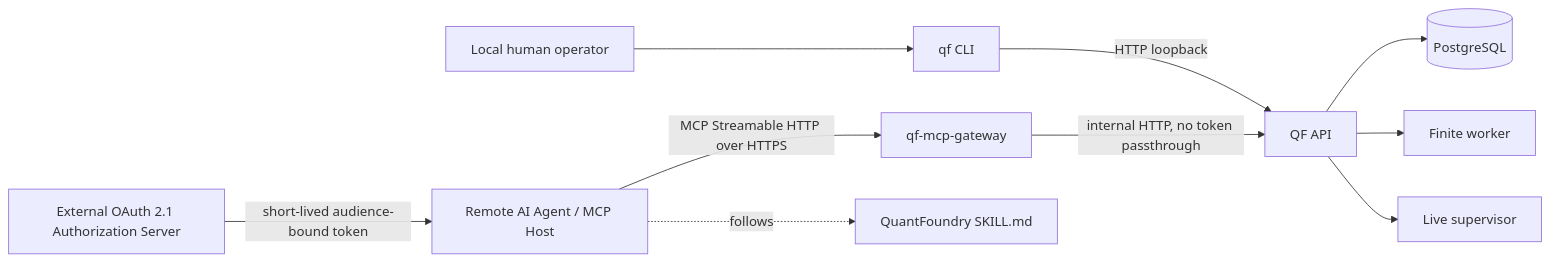
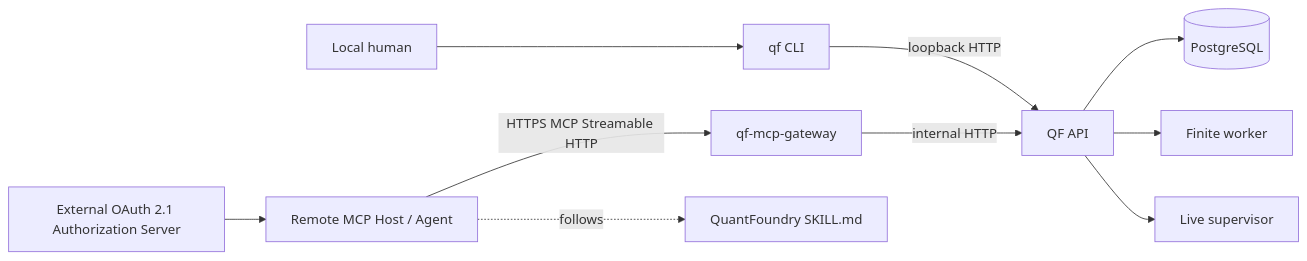
The diagram in CLI.md (zhengui666/QuantFoundry), drawn with Mermaid before and after one commit. The commit also changed other lines of this file, not shown here.

Commit message:
docs: make MCP gateway an optional edge adapter

````diff
--- a/CLI.md
+++ b/CLI.md
@@ -105,15 +113,15 @@
 ```mermaid
 flowchart LR
-    H[Local human operator] --> CLI[qf CLI]
-    CLI -->|HTTP loopback| API[QF API]
+    H[Local human] --> CLI[qf CLI]
+    CLI -->|loopback HTTP| API[QF API]
 
-    A[Remote AI Agent / MCP Host] -->|MCP Streamable HTTP over HTTPS| GW[qf-mcp-gateway]
-    AS[External OAuth 2.1 Authorization Server] -->|short-lived audience-bound token| A
-    GW -->|internal HTTP, no token passthrough| API
+    A[Remote MCP Host / Agent] -->|HTTPS MCP Streamable HTTP| GW[qf-mcp-gateway]
+    AS[External OAuth 2.1 Authorization Server] --> A
+    GW -->|internal HTTP| API
 
     API --> DB[(PostgreSQL)]
     API --> FW[Finite worker]
     API --> LS[Live supervisor]
 
     A -. follows .-> SK[QuantFoundry SKILL.md]
 ```
````
